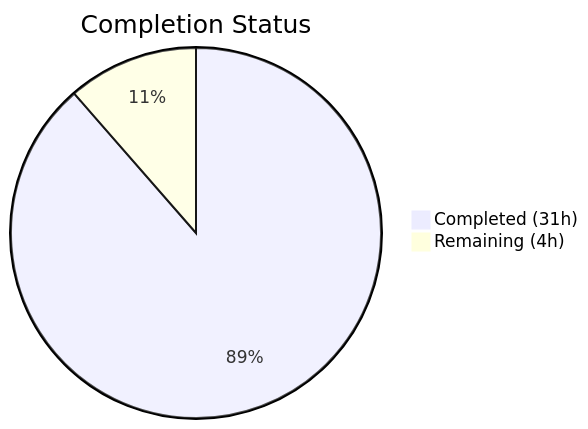
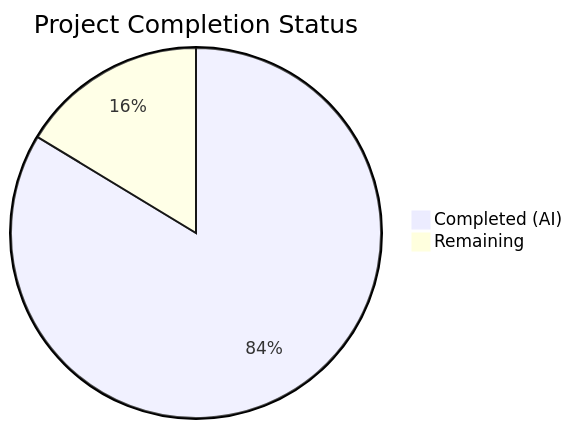
The first of 2 diagrams in blitzy/documentation/Project Guide.md (blitzy-public-samples/mfe-toolbox), drawn with Mermaid before and after one commit. The commit also changed other lines of this file, not shown here.

Commit message:
Adding Blitzy Project Guide: Project Status and Human Tasks Remaining

````diff
--- a/blitzy/documentation/Project Guide.md
+++ b/blitzy/documentation/Project Guide.md
@@ -13,5 +13,5 @@
 ```mermaid
-pie title Completion Status
-    "Completed (31h)" : 31
-    "Remaining (4h)" : 4
+pie title Project Completion Status
+    "Completed (AI)" : 41
+    "Remaining" : 8
 ```
````
